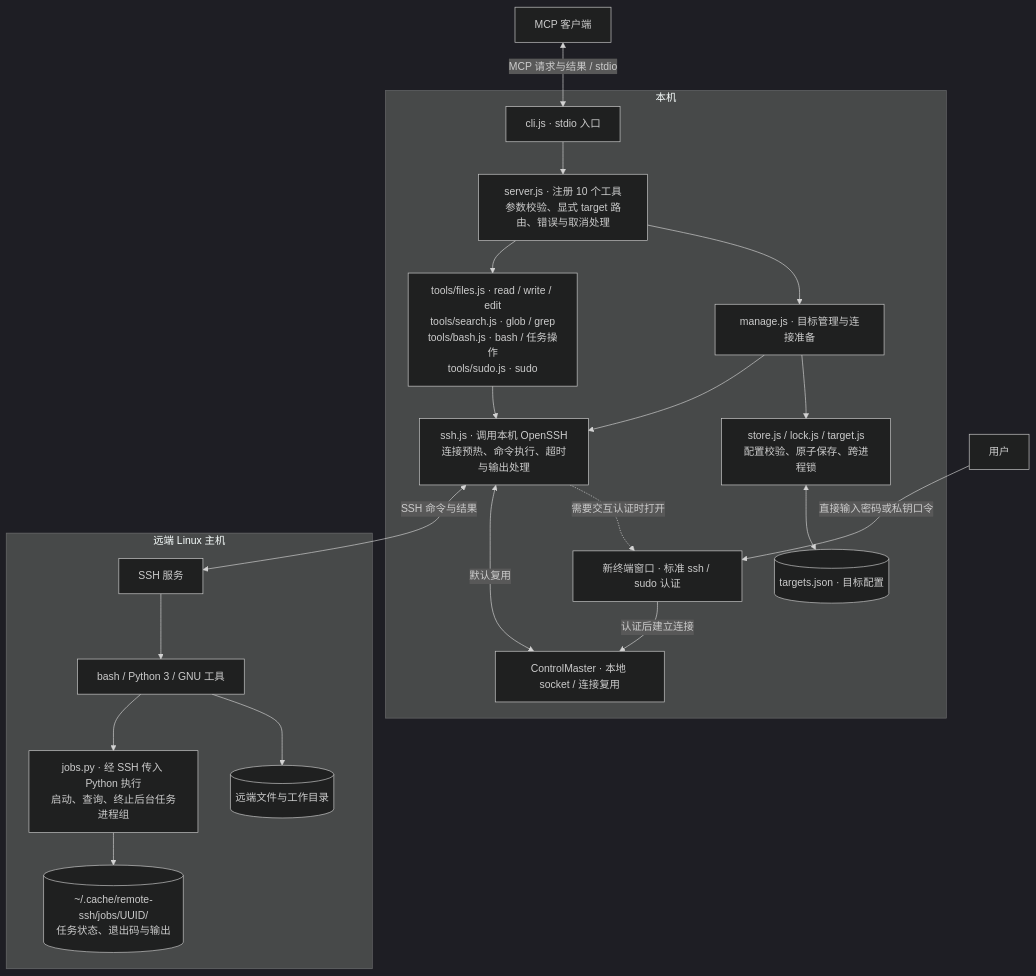
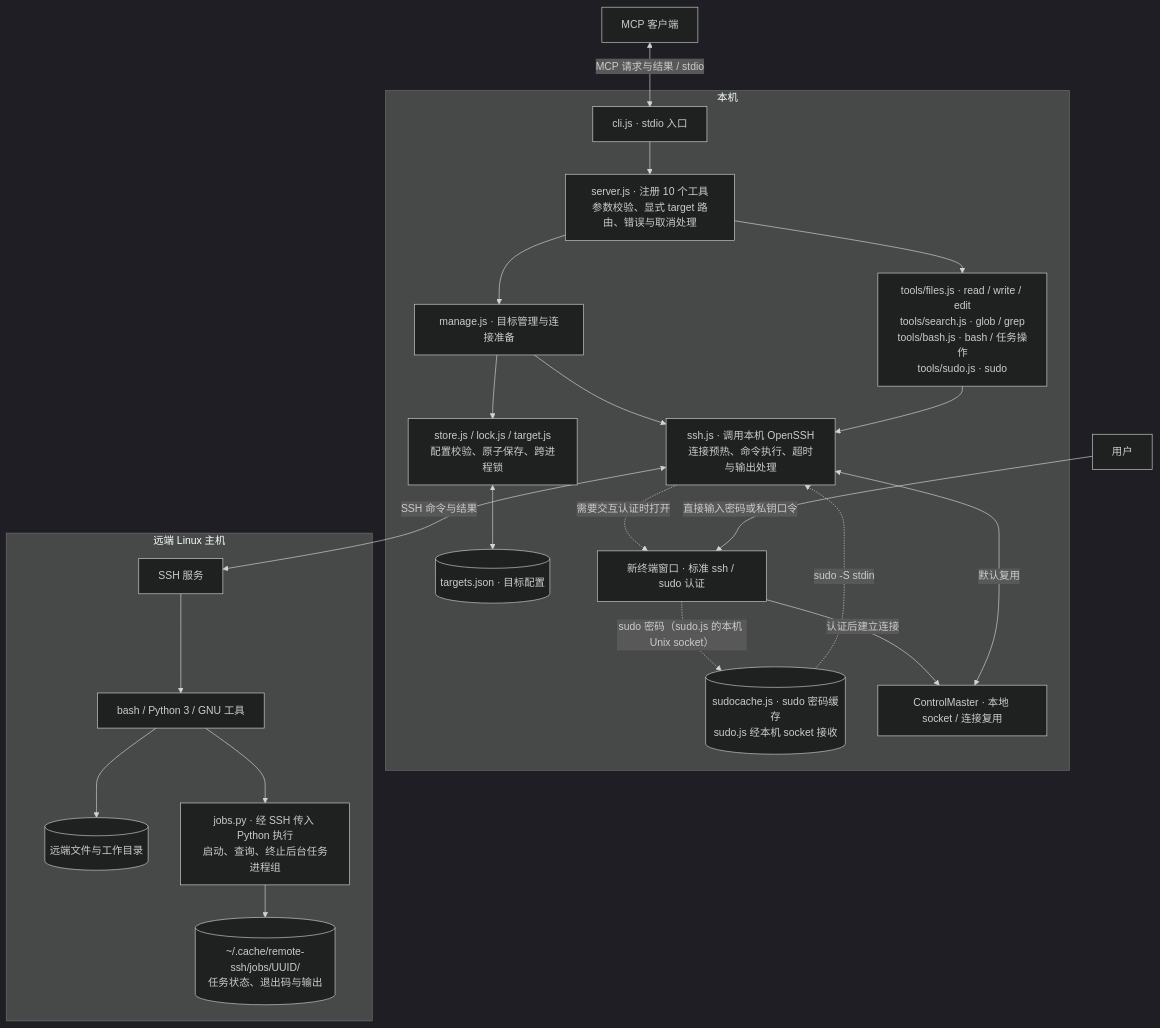
The diagram in README.md (seek-hope/Remote-SSH-MCP), drawn with Mermaid (dark theme) before and after one commit. The commit also changed other lines of this file and 32 other files, not shown here.

````diff
--- a/README.md
+++ b/README.md
@@ -18,45 +18,48 @@
 ```mermaid
 flowchart TB
     Client["MCP 客户端"]
     User["用户"]
 
     subgraph Local["本机"]
         CLI["cli.js · stdio 入口"]
         Server["server.js · 注册 10 个工具<br/>参数校验、显式 target 路由、错误与取消处理"]
         Manage["manage.js · 目标管理与连接准备"]
         Store["store.js / lock.js / target.js<br/>配置校验、原子保存、跨进程锁"]
         Targets[("targets.json · 目标配置")]
         Tools["tools/files.js · read / write / edit<br/>tools/search.js · glob / grep<br/>tools/bash.js · bash / 任务操作<br/>tools/sudo.js · sudo"]
         SSH["ssh.js · 调用本机 OpenSSH<br/>连接预热、命令执行、超时与输出处理"]
+        SudoCache[("sudocache.js · sudo 密码缓存<br/>sudo.js 经本机 socket 接收")]
         Terminal["新终端窗口 · 标准 ssh / sudo 认证"]
         Master["ControlMaster · 本地 socket / 连接复用"]
 
         CLI --> Server
         Server --> Manage
         Manage --> Store
         Store <--> Targets
         Server --> Tools
         Manage --> SSH
         Tools --> SSH
         SSH -. "需要交互认证时打开" .-> Terminal
+        Terminal -. "sudo 密码（sudo.js 的本机 Unix socket）" .-> SudoCache
+        SudoCache -. "sudo -S stdin" .-> SSH
         Terminal -->|认证后建立连接| Master
         SSH <-->|默认复用| Master
     end
 
     subgraph Remote["远端 Linux 主机"]
         SSHD["SSH 服务"]
         Commands["bash / Python 3 / GNU 工具"]
         Files[("远端文件与工作目录")]
         Jobs["jobs.py · 经 SSH 传入 Python 执行<br/>启动、查询、终止后台任务进程组"]
         Logs[("~/.cache/remote-ssh/jobs/UUID/<br/>任务状态、退出码与输出")]
 
         SSHD --> Commands
         Commands --> Files
         Commands --> Jobs
         Jobs --> Logs
     end
 
     Client <-->|MCP 请求与结果 / stdio| CLI
     User -->|直接输入密码或私钥口令| Terminal
     SSH <-->|SSH 命令与结果| SSHD
 ```
````
